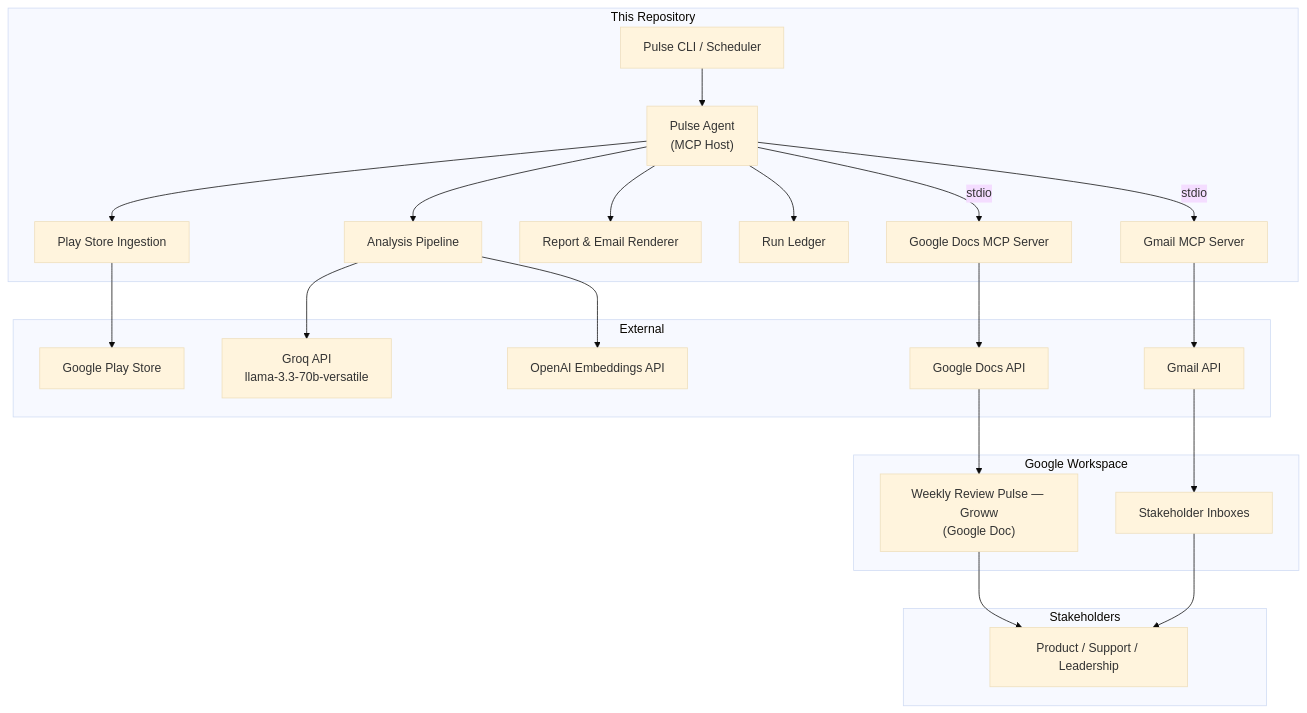
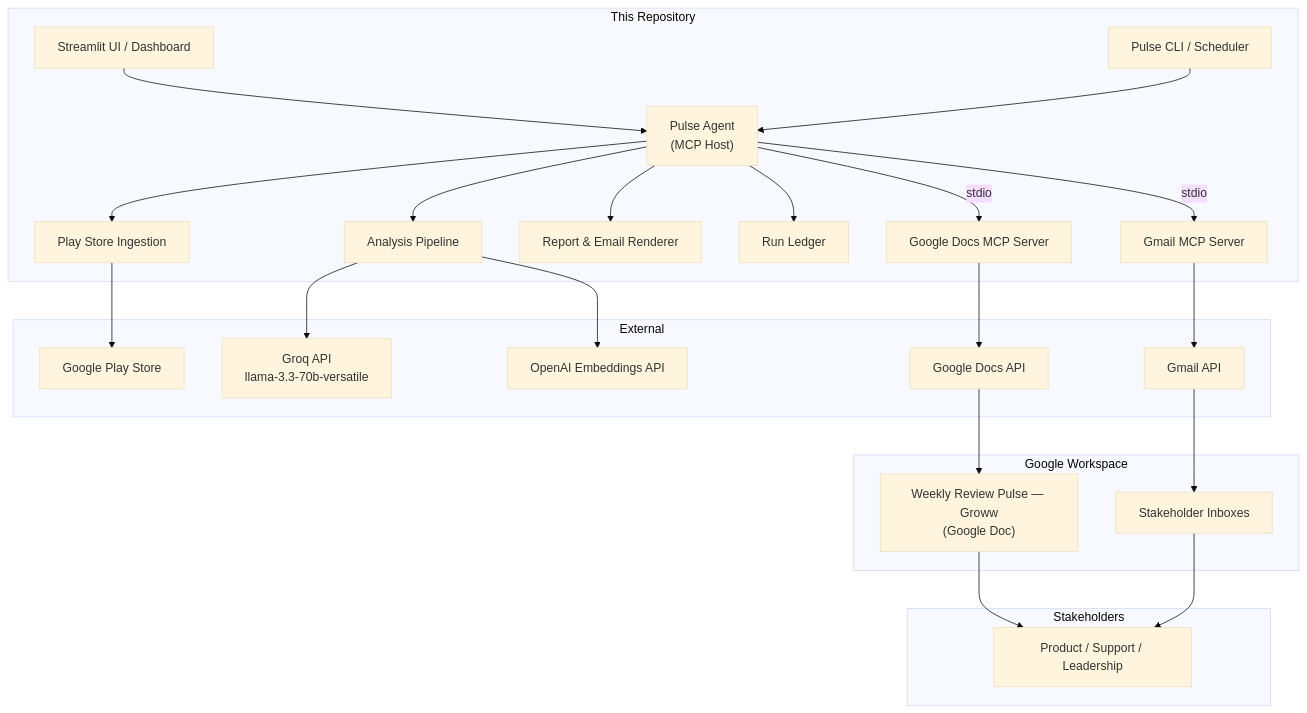
The first of 5 diagrams in docs/architecture.md (Shekhu07/Weekly_Pulse), drawn with Mermaid (base theme) before and after one commit. The commit also changed 8 other files, not shown here.

````diff
--- a/docs/architecture.md
+++ b/docs/architecture.md
@@ -25,49 +25,51 @@
 ```mermaid
 graph TB
     subgraph Stakeholders
         S1["Product / Support / Leadership"]
     end
 
     subgraph "This Repository"
+        UI["Streamlit UI / Dashboard"]
         CLI["Pulse CLI / Scheduler"]
         Agent["Pulse Agent<br/>(MCP Host)"]
         Ingest["Play Store Ingestion"]
         Pipeline["Analysis Pipeline"]
         Renderer["Report & Email Renderer"]
         Ledger["Run Ledger"]
         DocsMCP["Google Docs MCP Server"]
         GmailMCP["Gmail MCP Server"]
     end
 
     subgraph External
         PlayStore["Google Play Store"]
         Groq["Groq API<br/>llama-3.3-70b-versatile"]
         OpenAI["OpenAI Embeddings API"]
         DocsAPI["Google Docs API"]
         GmailAPI["Gmail API"]
     end
 
     subgraph "Google Workspace"
         Doc["Weekly Review Pulse — Groww<br/>(Google Doc)"]
         Inbox["Stakeholder Inboxes"]
     end
 
+    UI --> Agent
     CLI --> Agent
     Agent --> Ingest
     Agent --> Pipeline
     Agent --> Renderer
     Agent --> Ledger
 
     Ingest --> PlayStore
     Pipeline --> Groq
     Pipeline --> OpenAI
 
     Agent -- "stdio" --> DocsMCP
     Agent -- "stdio" --> GmailMCP
 
     DocsMCP --> DocsAPI --> Doc
     GmailMCP --> GmailAPI --> Inbox
 
     Doc --> S1
     Inbox --> S1
 ```
````
